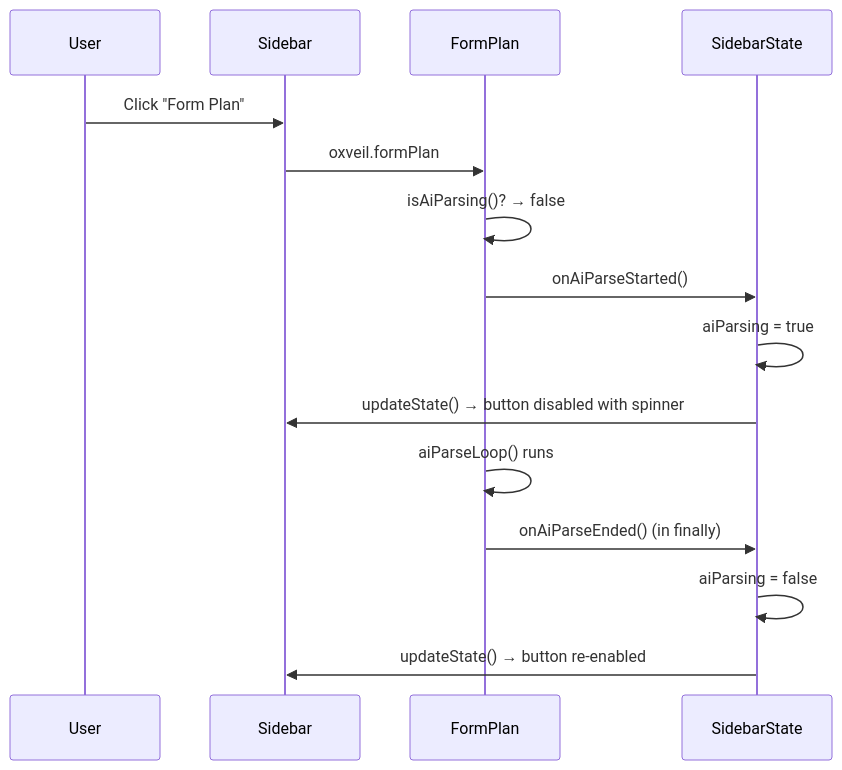
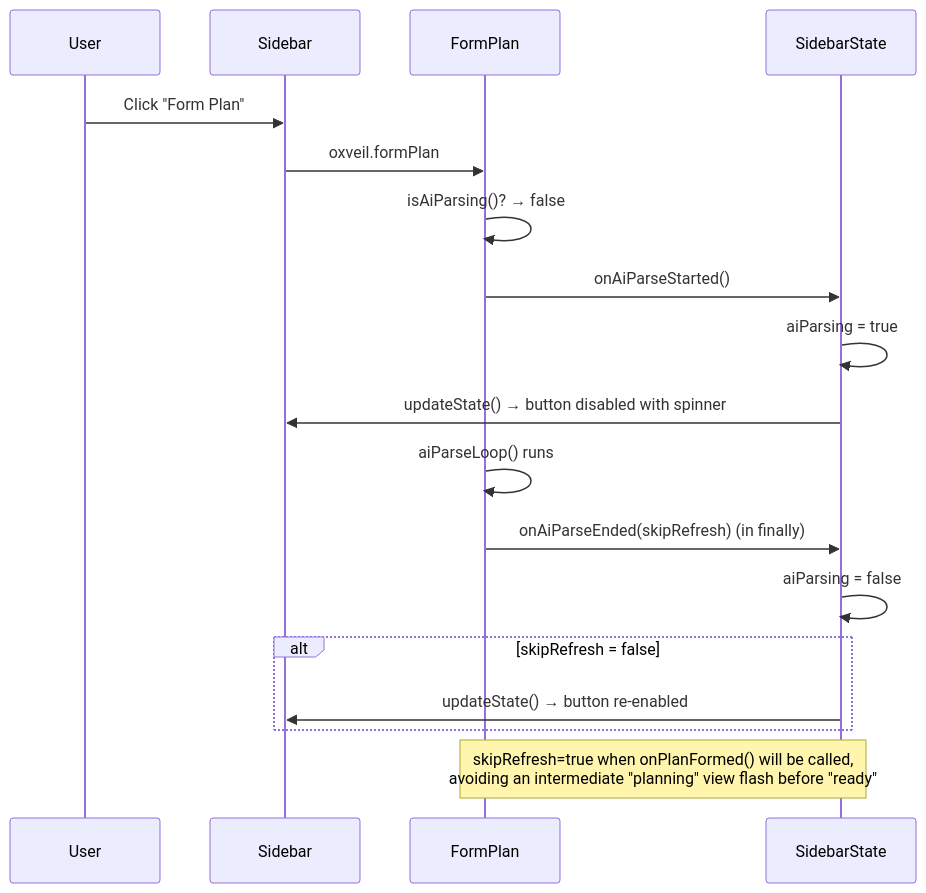
One commit to chmc/oxveil changed the fourth of 6 diagrams in docs/workflow/states.md. Above: the diagram before and after it, drawn with Mermaid. The commit also changed 3 other files, not shown here.

Commit message:
fix: skip intermediate sidebar refresh after ai parse

````diff
--- a/docs/workflow/states.md
+++ b/docs/workflow/states.md
@@ -242,18 +242,21 @@
 ```mermaid
 sequenceDiagram
     participant User
     participant Sidebar
     participant FormPlan
     participant SidebarState
 
     User->>Sidebar: Click "Form Plan"
     Sidebar->>FormPlan: oxveil.formPlan
     FormPlan->>FormPlan: isAiParsing()? → false
     FormPlan->>SidebarState: onAiParseStarted()
     SidebarState->>SidebarState: aiParsing = true
     SidebarState->>Sidebar: updateState() → button disabled with spinner
     FormPlan->>FormPlan: aiParseLoop() runs
-    FormPlan->>SidebarState: onAiParseEnded() (in finally)
+    FormPlan->>SidebarState: onAiParseEnded(skipRefresh) (in finally)
     SidebarState->>SidebarState: aiParsing = false
-    SidebarState->>Sidebar: updateState() → button re-enabled
+    alt skipRefresh = false
+        SidebarState->>Sidebar: updateState() → button re-enabled
+    end
+    Note over FormPlan,SidebarState: skipRefresh=true when onPlanFormed() will be called,<br/>avoiding an intermediate "planning" view flash before "ready"
 ```
````
